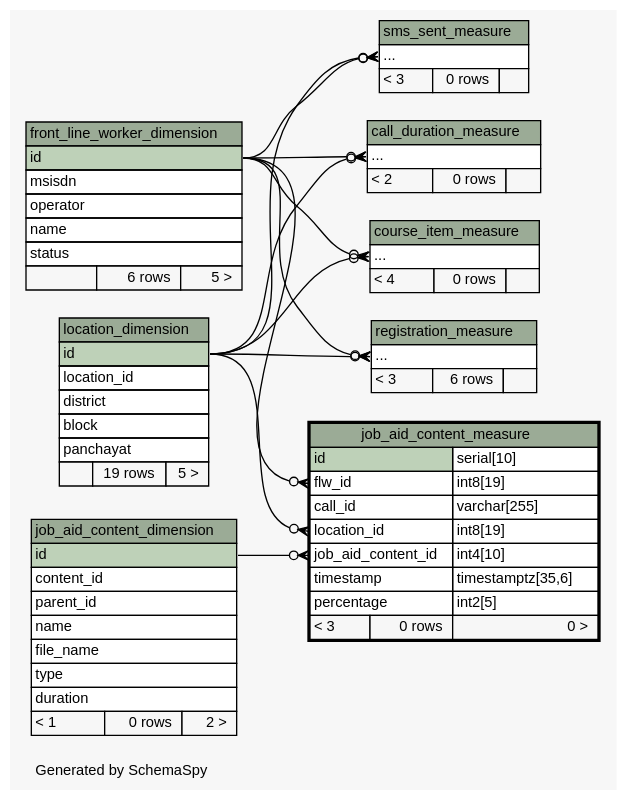
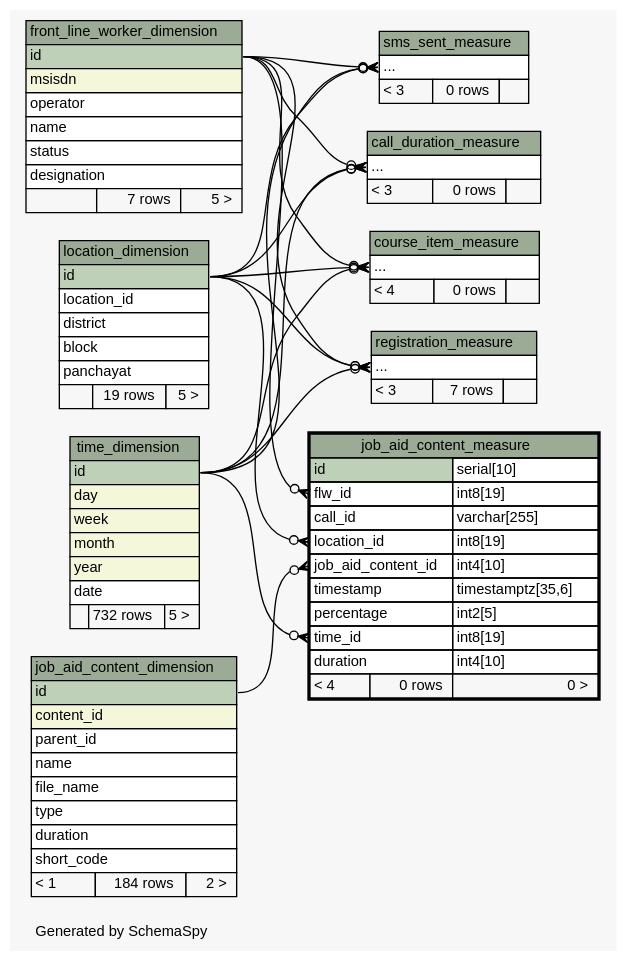
The diagram in ananya-report/build/schemaspy-output/diagrams/job_aid_content_measure.2degrees.dot (motech/ananya), drawn with Graphviz before and after one commit. The commit also changed 73 other files, not shown here.

Commit message:
vijay|#00|updated schemaspy output

```diff
--- a/ananya-report/build/schemaspy-output/diagrams/job_aid_content_measure.2degrees.dot
+++ b/ananya-report/build/schemaspy-output/diagrams/job_aid_content_measure.2degrees.dot
@@ -1,133 +1,157 @@
-// dot 2.28.0 on Mac OS X 10.7.3
+// dot 2.26.3 on Linux 2.6.38-11-generic-pae
 // SchemaSpy rev 590
 digraph "twoDegreesRelationshipsDiagram" {
   graph [
     rankdir="RL"
     bgcolor="#f7f7f7"
     label="\nGenerated by SchemaSpy"
     labeljust="l"
     nodesep="0.18"
     ranksep="0.46"
     fontname="Helvetica"
     fontsize="11"
   ];
   node [
     fontname="Helvetica"
     fontsize="11"
     shape="plaintext"
   ];
   edge [
     arrowsize="0.8"
   ];
   "call_duration_measure":"elipses":w -> "front_line_worker_dimension":"id":e [arrowhead=none dir=back arrowtail=crowodot];
   "call_duration_measure":"elipses":w -> "location_dimension":"id":e [arrowhead=none dir=back arrowtail=crowodot];
+  "call_duration_measure":"elipses":w -> "time_dimension":"id":e [arrowhead=none dir=back arrowtail=crowodot];
   "course_item_measure":"elipses":w -> "front_line_worker_dimension":"id":e [arrowhead=none dir=back arrowtail=crowodot];
   "course_item_measure":"elipses":w -> "location_dimension":"id":e [arrowhead=none dir=back arrowtail=crowodot];
+  "course_item_measure":"elipses":w -> "time_dimension":"id":e [arrowhead=none dir=back arrowtail=crowodot];
   "job_aid_content_measure":"flw_id":w -> "front_line_worker_dimension":"id":e [arrowhead=none dir=back arrowtail=crowodot];
   "job_aid_content_measure":"job_aid_content_id":w -> "job_aid_content_dimension":"id":e [arrowhead=none dir=back arrowtail=crowodot];
   "job_aid_content_measure":"location_id":w -> "location_dimension":"id":e [arrowhead=none dir=back arrowtail=crowodot];
+  "job_aid_content_measure":"time_id":w -> "time_dimension":"id":e [arrowhead=none dir=back arrowtail=crowodot];
   "registration_measure":"elipses":w -> "front_line_worker_dimension":"id":e [arrowhead=none dir=back arrowtail=crowodot];
   "registration_measure":"elipses":w -> "location_dimension":"id":e [arrowhead=none dir=back arrowtail=crowodot];
+  "registration_measure":"elipses":w -> "time_dimension":"id":e [arrowhead=none dir=back arrowtail=crowodot];
   "sms_sent_measure":"elipses":w -> "front_line_worker_dimension":"id":e [arrowhead=none dir=back arrowtail=crowodot];
   "sms_sent_measure":"elipses":w -> "location_dimension":"id":e [arrowhead=none dir=back arrowtail=crowodot];
+  "sms_sent_measure":"elipses":w -> "time_dimension":"id":e [arrowhead=none dir=back arrowtail=crowodot];
   "call_duration_measure" [
     label=<
     <TABLE BORDER="0" CELLBORDER="1" CELLSPACING="0" BGCOLOR="#ffffff">
       <TR><TD COLSPAN="3" BGCOLOR="#9bab96" ALIGN="CENTER">call_duration_measure</TD></TR>
       <TR><TD PORT="elipses" COLSPAN="3" ALIGN="LEFT">...</TD></TR>
-      <TR><TD ALIGN="LEFT" BGCOLOR="#f7f7f7">&lt; 2</TD><TD ALIGN="RIGHT" BGCOLOR="#f7f7f7">0 rows</TD><TD ALIGN="RIGHT" BGCOLOR="#f7f7f7">  </TD></TR>
+      <TR><TD ALIGN="LEFT" BGCOLOR="#f7f7f7">&lt; 3</TD><TD ALIGN="RIGHT" BGCOLOR="#f7f7f7">0 rows</TD><TD ALIGN="RIGHT" BGCOLOR="#f7f7f7">  </TD></TR>
     </TABLE>>
     URL="call_duration_measure.html"
     tooltip="call_duration_measure"
   ];
   "course_item_measure" [
     label=<
     <TABLE BORDER="0" CELLBORDER="1" CELLSPACING="0" BGCOLOR="#ffffff">
       <TR><TD COLSPAN="3" BGCOLOR="#9bab96" ALIGN="CENTER">course_item_measure</TD></TR>
       <TR><TD PORT="elipses" COLSPAN="3" ALIGN="LEFT">...</TD></TR>
       <TR><TD ALIGN="LEFT" BGCOLOR="#f7f7f7">&lt; 4</TD><TD ALIGN="RIGHT" BGCOLOR="#f7f7f7">0 rows</TD><TD ALIGN="RIGHT" BGCOLOR="#f7f7f7">  </TD></TR>
     </TABLE>>
     URL="course_item_measure.html"
     tooltip="course_item_measure"
   ];
   "front_line_worker_dimension" [
     label=<
     <TABLE BORDER="0" CELLBORDER="1" CELLSPACING="0" BGCOLOR="#ffffff">
       <TR><TD COLSPAN="3" BGCOLOR="#9bab96" ALIGN="CENTER">front_line_worker_dimension</TD></TR>
       <TR><TD PORT="id" COLSPAN="3" BGCOLOR="#bed1b8" ALIGN="LEFT">id</TD></TR>
-      <TR><TD PORT="msisdn" COLSPAN="3" ALIGN="LEFT">msisdn</TD></TR>
+      <TR><TD PORT="msisdn" COLSPAN="3" BGCOLOR="#f4f7da" ALIGN="LEFT">msisdn</TD></TR>
       <TR><TD PORT="operator" COLSPAN="3" ALIGN="LEFT">operator</TD></TR>
       <TR><TD PORT="name" COLSPAN="3" ALIGN="LEFT">name</TD></TR>
       <TR><TD PORT="status" COLSPAN="3" ALIGN="LEFT">status</TD></TR>
-      <TR><TD ALIGN="LEFT" BGCOLOR="#f7f7f7">  </TD><TD ALIGN="RIGHT" BGCOLOR="#f7f7f7">6 rows</TD><TD ALIGN="RIGHT" BGCOLOR="#f7f7f7">5 &gt;</TD></TR>
+      <TR><TD PORT="designation" COLSPAN="3" ALIGN="LEFT">designation</TD></TR>
+      <TR><TD ALIGN="LEFT" BGCOLOR="#f7f7f7">  </TD><TD ALIGN="RIGHT" BGCOLOR="#f7f7f7">7 rows</TD><TD ALIGN="RIGHT" BGCOLOR="#f7f7f7">5 &gt;</TD></TR>
     </TABLE>>
     URL="front_line_worker_dimension.html"
     tooltip="front_line_worker_dimension"
   ];
   "job_aid_content_dimension" [
     label=<
     <TABLE BORDER="0" CELLBORDER="1" CELLSPACING="0" BGCOLOR="#ffffff">
       <TR><TD COLSPAN="3" BGCOLOR="#9bab96" ALIGN="CENTER">job_aid_content_dimension</TD></TR>
       <TR><TD PORT="id" COLSPAN="3" BGCOLOR="#bed1b8" ALIGN="LEFT">id</TD></TR>
-      <TR><TD PORT="content_id" COLSPAN="3" ALIGN="LEFT">content_id</TD></TR>
+      <TR><TD PORT="content_id" COLSPAN="3" BGCOLOR="#f4f7da" ALIGN="LEFT">content_id</TD></TR>
       <TR><TD PORT="parent_id" COLSPAN="3" ALIGN="LEFT">parent_id</TD></TR>
       <TR><TD PORT="name" COLSPAN="3" ALIGN="LEFT">name</TD></TR>
       <TR><TD PORT="file_name" COLSPAN="3" ALIGN="LEFT">file_name</TD></TR>
       <TR><TD PORT="type" COLSPAN="3" ALIGN="LEFT">type</TD></TR>
       <TR><TD PORT="duration" COLSPAN="3" ALIGN="LEFT">duration</TD></TR>
-      <TR><TD ALIGN="LEFT" BGCOLOR="#f7f7f7">&lt; 1</TD><TD ALIGN="RIGHT" BGCOLOR="#f7f7f7">0 rows</TD><TD ALIGN="RIGHT" BGCOLOR="#f7f7f7">2 &gt;</TD></TR>
+      <TR><TD PORT="short_code" COLSPAN="3" ALIGN="LEFT">short_code</TD></TR>
+      <TR><TD ALIGN="LEFT" BGCOLOR="#f7f7f7">&lt; 1</TD><TD ALIGN="RIGHT" BGCOLOR="#f7f7f7">184 rows</TD><TD ALIGN="RIGHT" BGCOLOR="#f7f7f7">2 &gt;</TD></TR>
     </TABLE>>
     URL="job_aid_content_dimension.html"
     tooltip="job_aid_content_dimension"
   ];
   "job_aid_content_measure" [
     label=<
     <TABLE BORDER="2" CELLBORDER="1" CELLSPACING="0" BGCOLOR="#ffffff">
       <TR><TD COLSPAN="3" BGCOLOR="#9bab96" ALIGN="CENTER">job_aid_content_measure</TD></TR>
       <TR><TD PORT="id" COLSPAN="2" BGCOLOR="#bed1b8" ALIGN="LEFT">id</TD><TD PORT="id.type" ALIGN="LEFT">serial[10]</TD></TR>
       <TR><TD PORT="flw_id" COLSPAN="2" ALIGN="LEFT">flw_id</TD><TD PORT="flw_id.type" ALIGN="LEFT">int8[19]</TD></TR>
       <TR><TD PORT="call_id" COLSPAN="2" ALIGN="LEFT">call_id</TD><TD PORT="call_id.type" ALIGN="LEFT">varchar[255]</TD></TR>
       <TR><TD PORT="location_id" COLSPAN="2" ALIGN="LEFT">location_id</TD><TD PORT="location_id.type" ALIGN="LEFT">int8[19]</TD></TR>
       <TR><TD PORT="job_aid_content_id" COLSPAN="2" ALIGN="LEFT">job_aid_content_id</TD><TD PORT="job_aid_content_id.type" ALIGN="LEFT">int4[10]</TD></TR>
       <TR><TD PORT="timestamp" COLSPAN="2" ALIGN="LEFT">timestamp</TD><TD PORT="timestamp.type" ALIGN="LEFT">timestamptz[35,6]</TD></TR>
       <TR><TD PORT="percentage" COLSPAN="2" ALIGN="LEFT">percentage</TD><TD PORT="percentage.type" ALIGN="LEFT">int2[5]</TD></TR>
-      <TR><TD ALIGN="LEFT" BGCOLOR="#f7f7f7">&lt; 3</TD><TD ALIGN="RIGHT" BGCOLOR="#f7f7f7">0 rows</TD><TD ALIGN="RIGHT" BGCOLOR="#f7f7f7">0 &gt;</TD></TR>
+      <TR><TD PORT="time_id" COLSPAN="2" ALIGN="LEFT">time_id</TD><TD PORT="time_id.type" ALIGN="LEFT">int8[19]</TD></TR>
+      <TR><TD PORT="duration" COLSPAN="2" ALIGN="LEFT">duration</TD><TD PORT="duration.type" ALIGN="LEFT">int4[10]</TD></TR>
+      <TR><TD ALIGN="LEFT" BGCOLOR="#f7f7f7">&lt; 4</TD><TD ALIGN="RIGHT" BGCOLOR="#f7f7f7">0 rows</TD><TD ALIGN="RIGHT" BGCOLOR="#f7f7f7">0 &gt;</TD></TR>
     </TABLE>>
     URL="job_aid_content_measure.html"
     tooltip="job_aid_content_measure"
   ];
   "location_dimension" [
     label=<
     <TABLE BORDER="0" CELLBORDER="1" CELLSPACING="0" BGCOLOR="#ffffff">
       <TR><TD COLSPAN="3" BGCOLOR="#9bab96" ALIGN="CENTER">location_dimension</TD></TR>
       <TR><TD PORT="id" COLSPAN="3" BGCOLOR="#bed1b8" ALIGN="LEFT">id</TD></TR>
       <TR><TD PORT="location_id" COLSPAN="3" ALIGN="LEFT">location_id</TD></TR>
       <TR><TD PORT="district" COLSPAN="3" ALIGN="LEFT">district</TD></TR>
       <TR><TD PORT="block" COLSPAN="3" ALIGN="LEFT">block</TD></TR>
       <TR><TD PORT="panchayat" COLSPAN="3" ALIGN="LEFT">panchayat</TD></TR>
       <TR><TD ALIGN="LEFT" BGCOLOR="#f7f7f7">  </TD><TD ALIGN="RIGHT" BGCOLOR="#f7f7f7">19 rows</TD><TD ALIGN="RIGHT" BGCOLOR="#f7f7f7">5 &gt;</TD></TR>
     </TABLE>>
     URL="location_dimension.html"
     tooltip="location_dimension"
   ];
   "registration_measure" [
     label=<
     <TABLE BORDER="0" CELLBORDER="1" CELLSPACING="0" BGCOLOR="#ffffff">
       <TR><TD COLSPAN="3" BGCOLOR="#9bab96" ALIGN="CENTER">registration_measure</TD></TR>
       <TR><TD PORT="elipses" COLSPAN="3" ALIGN="LEFT">...</TD></TR>
-      <TR><TD ALIGN="LEFT" BGCOLOR="#f7f7f7">&lt; 3</TD><TD ALIGN="RIGHT" BGCOLOR="#f7f7f7">6 rows</TD><TD ALIGN="RIGHT" BGCOLOR="#f7f7f7">  </TD></TR>
+      <TR><TD ALIGN="LEFT" BGCOLOR="#f7f7f7">&lt; 3</TD><TD ALIGN="RIGHT" BGCOLOR="#f7f7f7">7 rows</TD><TD ALIGN="RIGHT" BGCOLOR="#f7f7f7">  </TD></TR>
     </TABLE>>
     URL="registration_measure.html"
     tooltip="registration_measure"
   ];
   "sms_sent_measure" [
     label=<
     <TABLE BORDER="0" CELLBORDER="1" CELLSPACING="0" BGCOLOR="#ffffff">
       <TR><TD COLSPAN="3" BGCOLOR="#9bab96" ALIGN="CENTER">sms_sent_measure</TD></TR>
       <TR><TD PORT="elipses" COLSPAN="3" ALIGN="LEFT">...</TD></TR>
       <TR><TD ALIGN="LEFT" BGCOLOR="#f7f7f7">&lt; 3</TD><TD ALIGN="RIGHT" BGCOLOR="#f7f7f7">0 rows</TD><TD ALIGN="RIGHT" BGCOLOR="#f7f7f7">  </TD></TR>
     </TABLE>>
     URL="sms_sent_measure.html"
     tooltip="sms_sent_measure"
   ];
+  "time_dimension" [
+    label=<
+    <TABLE BORDER="0" CELLBORDER="1" CELLSPACING="0" BGCOLOR="#ffffff">
+      <TR><TD COLSPAN="3" BGCOLOR="#9bab96" ALIGN="CENTER">time_dimension</TD></TR>
+      <TR><TD PORT="id" COLSPAN="3" BGCOLOR="#bed1b8" ALIGN="LEFT">id</TD></TR>
+      <TR><TD PORT="day" COLSPAN="3" BGCOLOR="#f4f7da" ALIGN="LEFT">day</TD></TR>
+      <TR><TD PORT="week" COLSPAN="3" BGCOLOR="#f4f7da" ALIGN="LEFT">week</TD></TR>
+      <TR><TD PORT="month" COLSPAN="3" BGCOLOR="#f4f7da" ALIGN="LEFT">month</TD></TR>
+      <TR><TD PORT="year" COLSPAN="3" BGCOLOR="#f4f7da" ALIGN="LEFT">year</TD></TR>
+      <TR><TD PORT="date" COLSPAN="3" ALIGN="LEFT">date</TD></TR>
+      <TR><TD ALIGN="LEFT" BGCOLOR="#f7f7f7">  </TD><TD ALIGN="RIGHT" BGCOLOR="#f7f7f7">732 rows</TD><TD ALIGN="RIGHT" BGCOLOR="#f7f7f7">5 &gt;</TD></TR>
+    </TABLE>>
+    URL="time_dimension.html"
+    tooltip="time_dimension"
+  ];
 }
```
